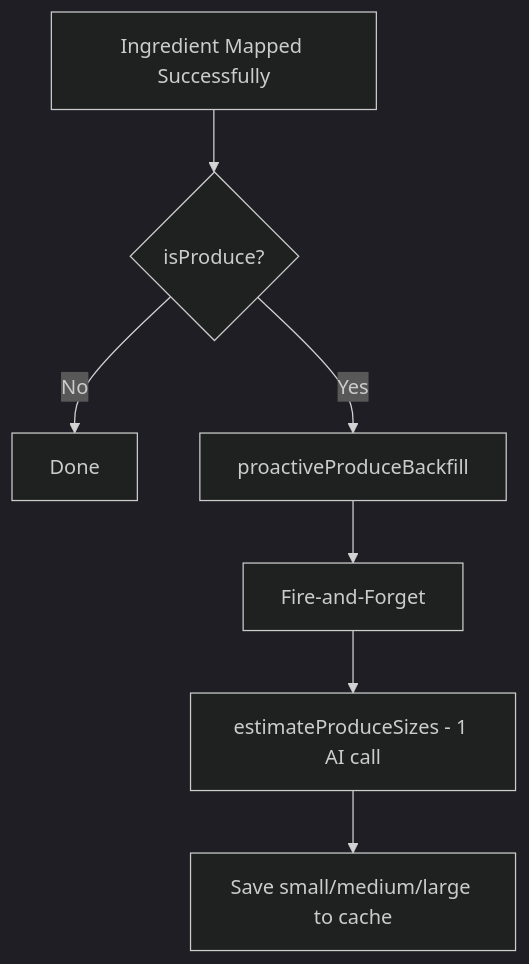
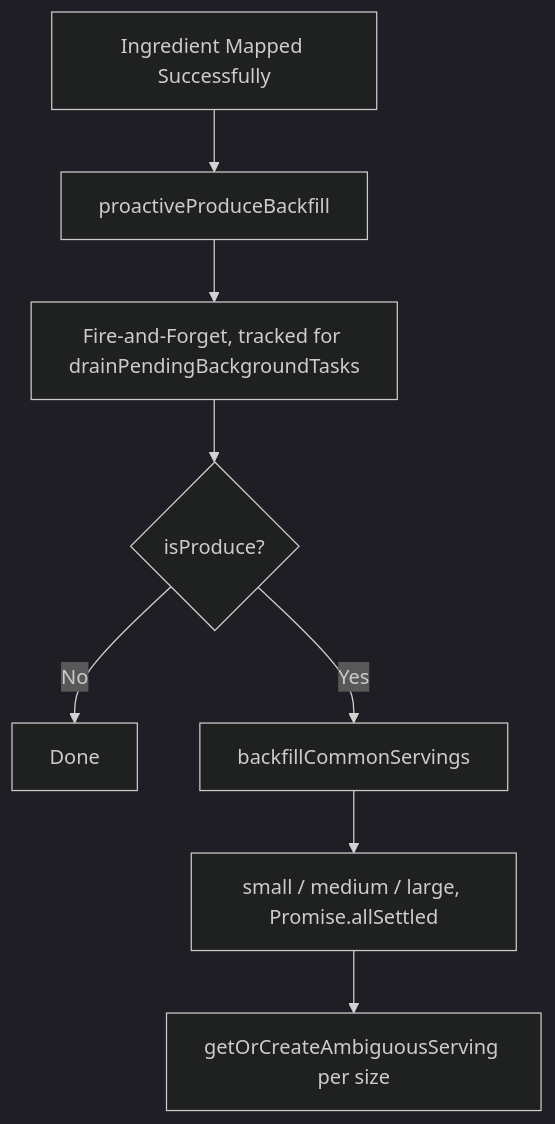
Before and after one commit to evawlve/Recipe-App: the third of 4 diagrams in .agent/docs/ingredient-mapping-pipeline.md, drawn with Mermaid (dark theme). The commit also changed other lines of this file and 4 other files, not shown here.

````diff
--- a/.agent/docs/ingredient-mapping-pipeline.md
+++ b/.agent/docs/ingredient-mapping-pipeline.md
@@ -1012,9 +1012,10 @@
 ```mermaid
 flowchart TD
-    A[Ingredient Mapped Successfully] --> B{isProduce?}
-    B -->|No| C[Done]
-    B -->|Yes| D[proactiveProduceBackfill]
-    D --> E[Fire-and-Forget]
-    E --> F[estimateProduceSizes - 1 AI call]
-    F --> G[Save small/medium/large to cache]
+    A[Ingredient Mapped Successfully] --> B[proactiveProduceBackfill]
+    B --> C[Fire-and-Forget, tracked for drainPendingBackgroundTasks]
+    C --> D{isProduce?}
+    D -->|No| E[Done]
+    D -->|Yes| F[backfillCommonServings]
+    F --> G[small / medium / large, Promise.allSettled]
+    G --> H[getOrCreateAmbiguousServing per size]
 ```
````
